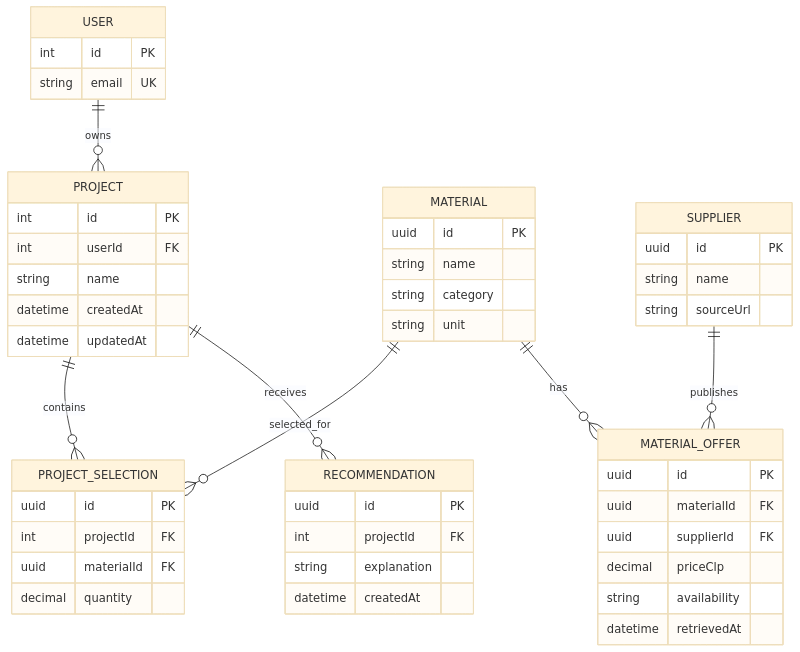
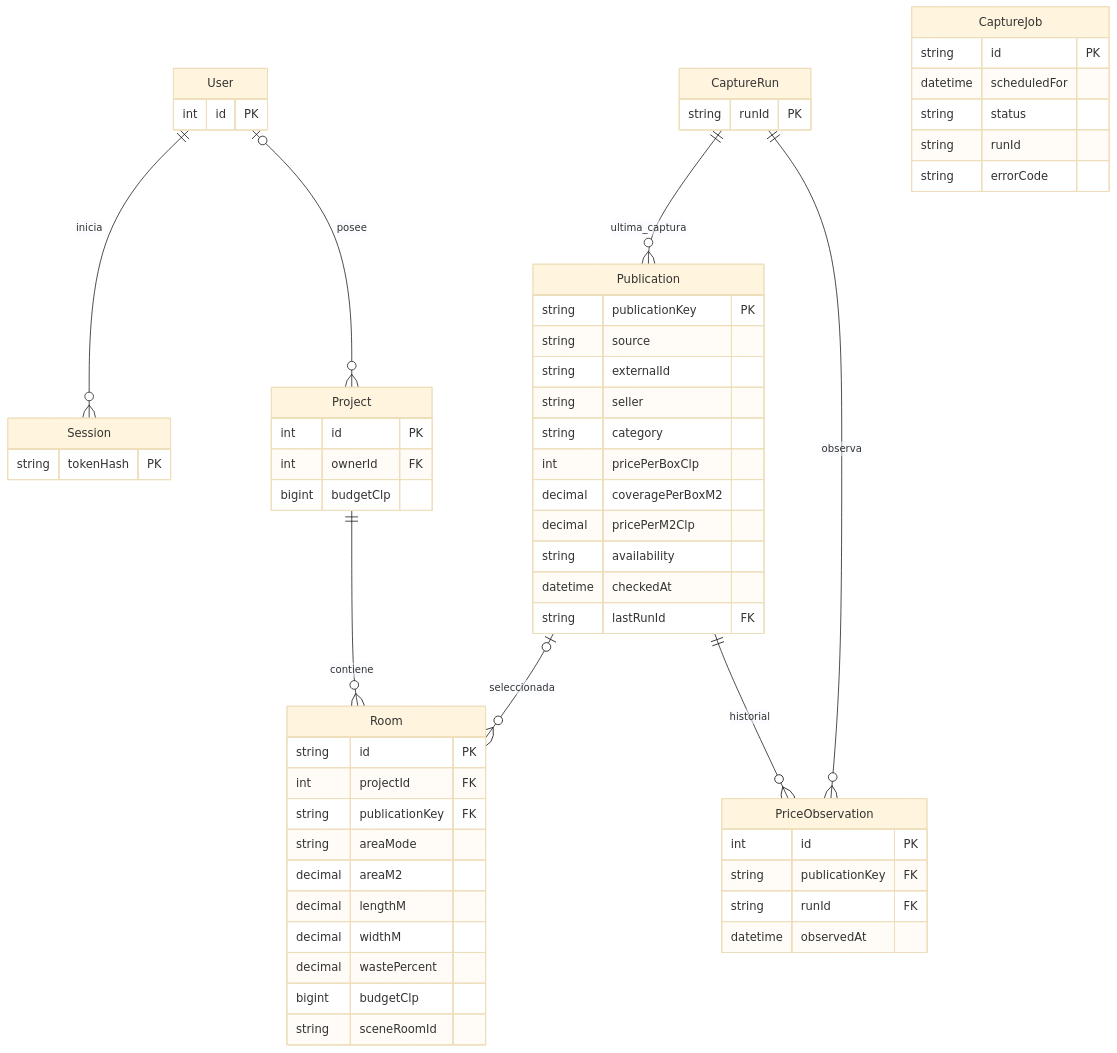
Before and after one commit to Fourdath/Habita3D: the diagram in docs/architecture/data-model.md, drawn with Mermaid (base theme). The commit also changed other lines of this file and 35 other files, not shown here.

````diff
--- a/docs/architecture/data-model.md
+++ b/docs/architecture/data-model.md
@@ -48,52 +10,56 @@
 ```mermaid
 erDiagram
-    USER ||--o{ PROJECT : owns
-    PROJECT ||--o{ PROJECT_SELECTION : contains
-    MATERIAL ||--o{ PROJECT_SELECTION : selected_for
-    SUPPLIER ||--o{ MATERIAL_OFFER : publishes
-    MATERIAL ||--o{ MATERIAL_OFFER : has
-    PROJECT ||--o{ RECOMMENDATION : receives
-
-    USER {
+    User ||--o{ Session : inicia
+    User o|--o{ Project : posee
+    Project ||--o{ Room : contiene
+    Publication o|--o{ Room : seleccionada
+    CaptureRun ||--o{ Publication : ultima_captura
+    Publication ||--o{ PriceObservation : historial
+    CaptureRun ||--o{ PriceObservation : observa
+    User { int id PK }
+    Session { string tokenHash PK }
+    Project {
         int id PK
-        string email UK
+        int ownerId FK
+        bigint budgetClp
     }
-    PROJECT {
+    Room {
+        string id PK
+        int projectId FK
+        string publicationKey FK
+        string areaMode
+        decimal areaM2
+        decimal lengthM
+        decimal widthM
+        decimal wastePercent
+        bigint budgetClp
+        string sceneRoomId
+    }
+    Publication {
+        string publicationKey PK
+        string source
+        string externalId
+        string seller
+        string category
+        int pricePerBoxClp
+        decimal coveragePerBoxM2
+        decimal pricePerM2Clp
+        string availability
+        datetime checkedAt
+        string lastRunId FK
+    }
+    CaptureRun { string runId PK }
+    PriceObservation {
         int id PK
-        int userId FK
-        string name
-        datetime createdAt
-        datetime updatedAt
+        string publicationKey FK
+        string runId FK
+        datetime observedAt
     }
-    MATERIAL {
-        uuid id PK
-        string name
-        string category
-        string unit
-    }
-    SUPPLIER {
-        uuid id PK
-        string name
-        string sourceUrl
-    }
-    MATERIAL_OFFER {
-        uuid id PK
-        uuid materialId FK
-        uuid supplierId FK
-        decimal priceClp
-        string availability
-        datetime retrievedAt
-    }
-    PROJECT_SELECTION {
-        uuid id PK
-        int projectId FK
-        uuid materialId FK
-        decimal quantity
-    }
-    RECOMMENDATION {
-        uuid id PK
-        int projectId FK
-        string explanation
-        datetime createdAt
+    CaptureJob {
+        string id PK
+        datetime scheduledFor
+        string status
+        string runId
+        string errorCode
     }
 ```
````
